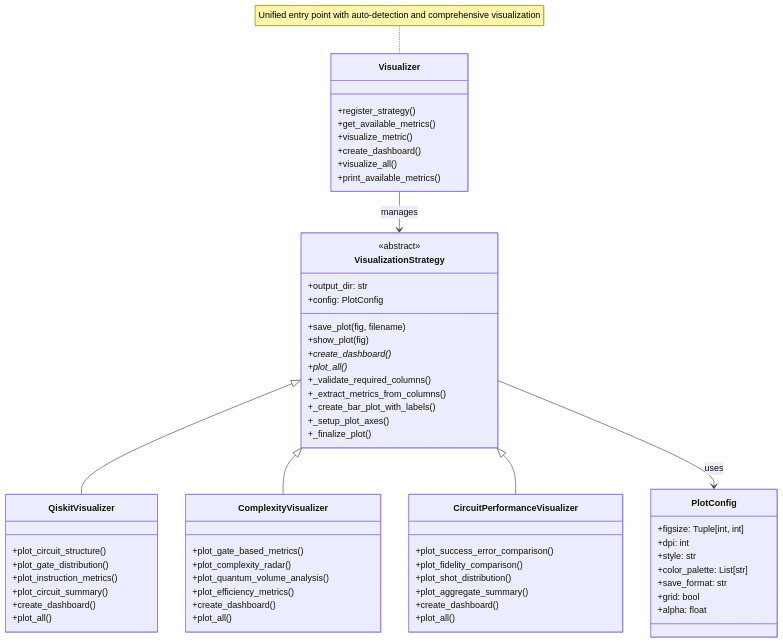
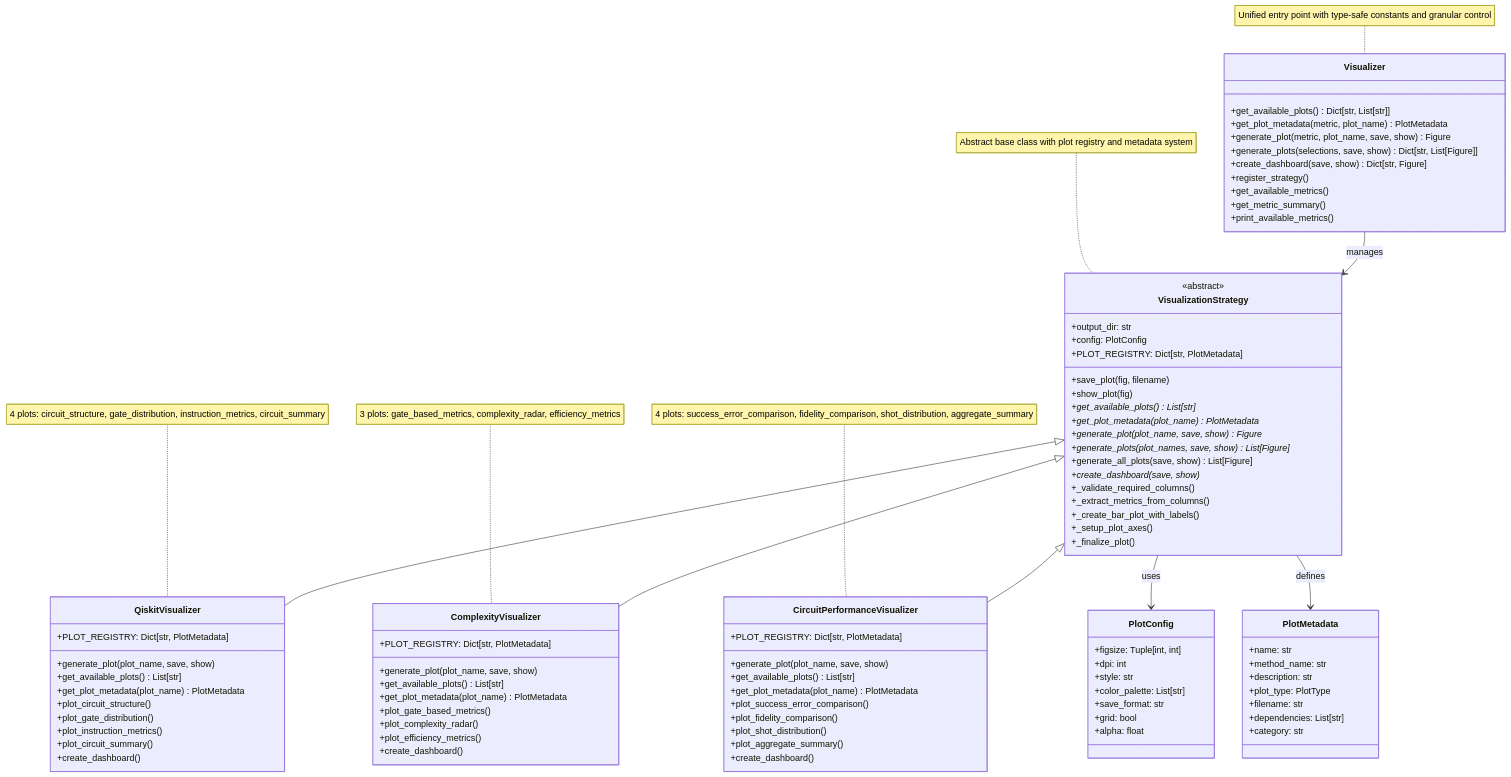
The diagram in docs/visualization_guide.md (xthecapx/qiskit-qward), drawn with Mermaid before and after one commit. The commit also changed other lines of this file and 26 other files, not shown here.

First line of the commit message:
Enhance visualization API and update documentation for type-safe constants

````diff
--- a/docs/visualization_guide.md
+++ b/docs/visualization_guide.md
@@ -22,10 +47,15 @@
         <<abstract>>
         +output_dir: str
         +config: PlotConfig
+        +PLOT_REGISTRY: Dict[str, PlotMetadata]
         +save_plot(fig, filename)
         +show_plot(fig)
-        +create_dashboard()*
-        +plot_all()*
+        +get_available_plots()* List[str]
+        +get_plot_metadata(plot_name)* PlotMetadata
+        +generate_plot(plot_name, save, show)* Figure
+        +generate_plots(plot_names, save, show)* List[Figure]
+        +generate_all_plots(save, show) List[Figure]
+        +create_dashboard(save, show)*
         +_validate_required_columns()
         +_extract_metrics_from_columns()
         +_create_bar_plot_with_labels()
@@ -43,39 +73,60 @@
         +alpha: float
     }
     
+    class PlotMetadata {
+        +name: str
+        +method_name: str
+        +description: str
+        +plot_type: PlotType
+        +filename: str
+        +dependencies: List[str]
+        +category: str
+    }
+    
     class QiskitVisualizer {
+        +PLOT_REGISTRY: Dict[str, PlotMetadata]
+        +generate_plot(plot_name, save, show)
+        +get_available_plots() List[str]
+        +get_plot_metadata(plot_name) PlotMetadata
         +plot_circuit_structure()
         +plot_gate_distribution()
         +plot_instruction_metrics()
         +plot_circuit_summary()
         +create_dashboard()
-        +plot_all()
     }
     
     class ComplexityVisualizer {
+        +PLOT_REGISTRY: Dict[str, PlotMetadata]
+        +generate_plot(plot_name, save, show)
+        +get_available_plots() List[str]
+        +get_plot_metadata(plot_name) PlotMetadata
         +plot_gate_based_metrics()
         +plot_complexity_radar()
-        +plot_quantum_volume_analysis()
         +plot_efficiency_metrics()
         +create_dashboard()
-        +plot_all()
     }
     
     class CircuitPerformanceVisualizer {
+        +PLOT_REGISTRY: Dict[str, PlotMetadata]
+        +generate_plot(plot_name, save, show)
+        +get_available_plots() List[str]
+        +get_plot_metadata(plot_name) PlotMetadata
         +plot_success_error_comparison()
         +plot_fidelity_comparison()
         +plot_shot_distribution()
         +plot_aggregate_summary()
         +create_dashboard()
-        +plot_all()
     }
     
     class Visualizer {
+        +get_available_plots() Dict[str, List[str]]
+        +get_plot_metadata(metric, plot_name) PlotMetadata
+        +generate_plot(metric, plot_name, save, show) Figure
+        +generate_plots(selections, save, show) Dict[str, List[Figure]]
+        +create_dashboard(save, show) Dict[str, Figure]
         +register_strategy()
         +get_available_metrics()
-        +visualize_metric()
-        +create_dashboard()
-        +visualize_all()
+        +get_metric_summary()
         +print_available_metrics()
     }
 
@@ -83,7 +134,12 @@
     VisualizationStrategy <|-- ComplexityVisualizer
     VisualizationStrategy <|-- CircuitPerformanceVisualizer
     VisualizationStrategy --> PlotConfig : uses
+    VisualizationStrategy --> PlotMetadata : defines
     Visualizer --> VisualizationStrategy : manages
     
-    note for Visualizer "Unified entry point with auto-detection and comprehensive visualization"
+    note for VisualizationStrategy "Abstract base class with plot registry and metadata system"
+    note for QiskitVisualizer "4 plots: circuit_structure, gate_distribution, instruction_metrics, circuit_summary"
+    note for ComplexityVisualizer "3 plots: gate_based_metrics, complexity_radar, efficiency_metrics"
+    note for CircuitPerformanceVisualizer "4 plots: success_error_comparison, fidelity_comparison, shot_distribution, aggregate_summary"
+    note for Visualizer "Unified entry point with type-safe constants and granular control"
 ```
````
